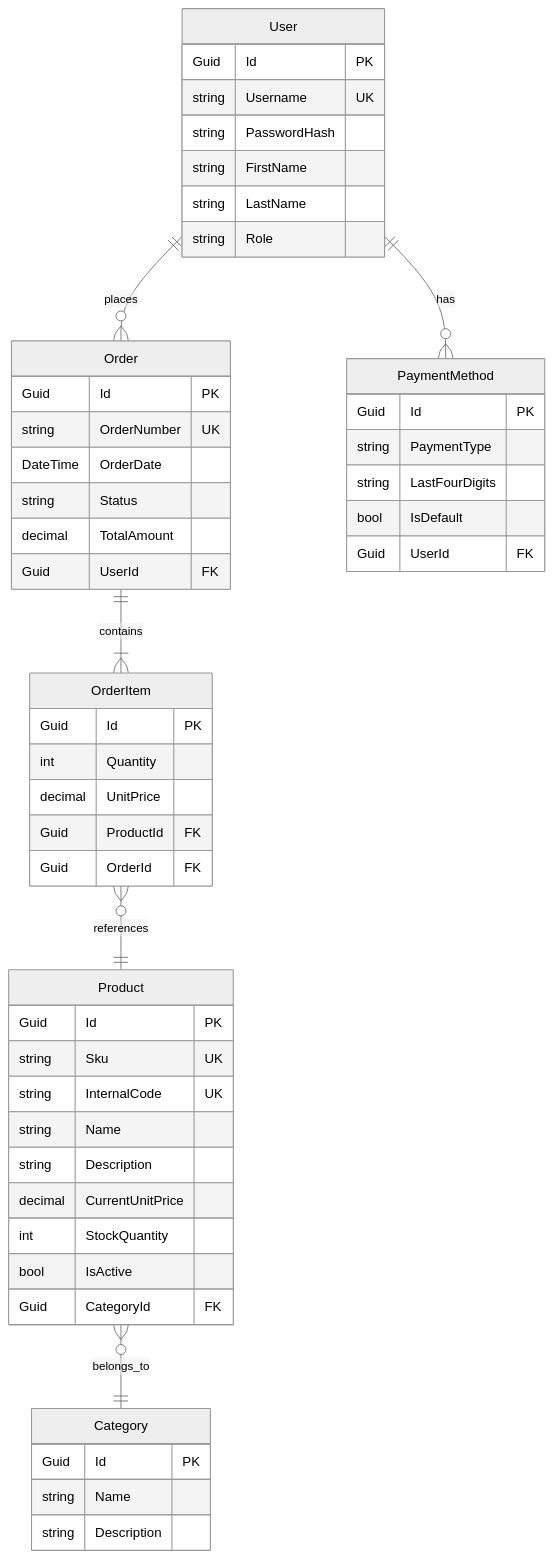
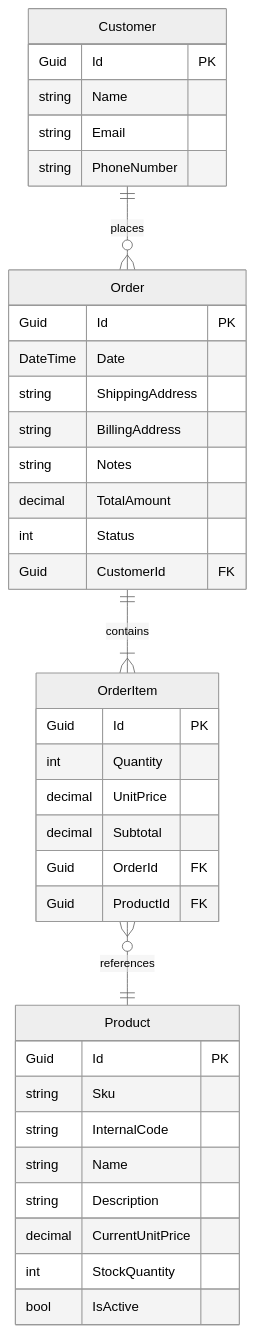
Before and after one commit to FT-Key/ICS_TPI2026: the third of 3 diagrams in TP1_Resuelto.md, drawn with Mermaid (neutral theme). The commit also changed other lines of this file and 2 other files, not shown here.

````diff
--- a/TP1_Resuelto.md
+++ b/TP1_Resuelto.md
@@ -115,60 +118,44 @@
 ```mermaid
 erDiagram
-    User ||--o{ Order : places
-    User ||--o{ PaymentMethod : has
+    Customer ||--o{ Order : places
     Order ||--|{ OrderItem : contains
     OrderItem }o--|| Product : references
-    Product }o--|| Category : belongs_to
 
-    User {
+    Customer {
         Guid Id PK
-        string Username UK
-        string PasswordHash
-        string FirstName
-        string LastName
-        string Role
+        string Name
+        string Email
+        string PhoneNumber
+    }
+
+    Product {
+        Guid Id PK
+        string Sku
+        string InternalCode
+        string Name
+        string Description
+        decimal CurrentUnitPrice
+        int StockQuantity
+        bool IsActive
     }
 
     Order {
         Guid Id PK
-        string OrderNumber UK
-        DateTime OrderDate
-        string Status
+        DateTime Date
+        string ShippingAddress
+        string BillingAddress
+        string Notes
         decimal TotalAmount
-        Guid UserId FK
+        int Status
+        Guid CustomerId FK
     }
 
     OrderItem {
         Guid Id PK
         int Quantity
         decimal UnitPrice
+        decimal Subtotal
+        Guid OrderId FK
         Guid ProductId FK
-        Guid OrderId FK
-    }
-
-    Product {
-        Guid Id PK
-        string Sku UK
-        string InternalCode UK
-        string Name
-        string Description
-        decimal CurrentUnitPrice
-        int StockQuantity
-        bool IsActive
-        Guid CategoryId FK
-    }
-
-    Category {
-        Guid Id PK
-        string Name
-        string Description
-    }
-
-    PaymentMethod {
-        Guid Id PK
-        string PaymentType
-        string LastFourDigits
-        bool IsDefault
-        Guid UserId FK
     }
 ```
````
